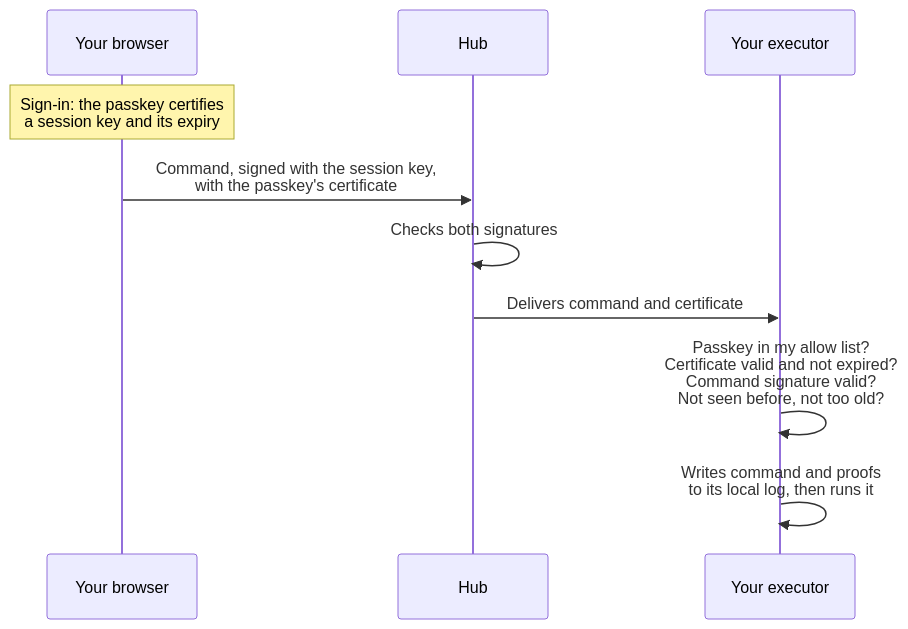
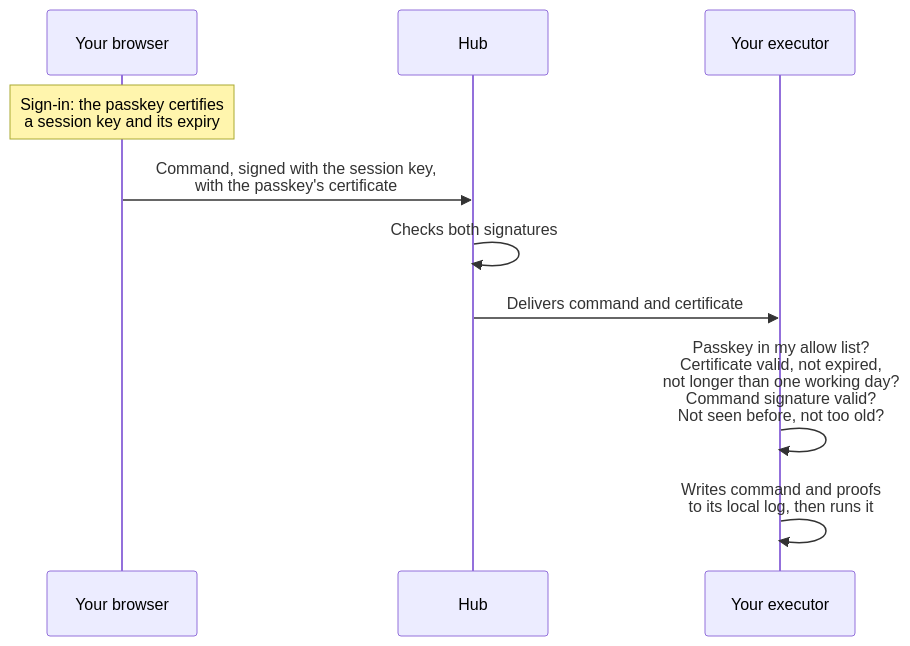
Before and after one commit to DFXswiss/agent: the third of 3 diagrams in docs/central-operation.md, drawn with Mermaid. The commit also changed other lines of this file and 2 other files, not shown here.

````diff
--- a/docs/central-operation.md
+++ b/docs/central-operation.md
@@ -140,12 +147,12 @@
 ```mermaid
 sequenceDiagram
     participant B as Your browser
     participant H as Hub
     participant X as Your executor
     Note over B: Sign-in: the passkey certifies<br/>a session key and its expiry
     B->>H: Command, signed with the session key,<br/>with the passkey's certificate
     H->>H: Checks both signatures
     H->>X: Delivers command and certificate
-    X->>X: Passkey in my allow list?<br/>Certificate valid and not expired?<br/>Command signature valid?<br/>Not seen before, not too old?
+    X->>X: Passkey in my allow list?<br/>Certificate valid, not expired,<br/>not longer than one working day?<br/>Command signature valid?<br/>Not seen before, not too old?
     X->>X: Writes command and proofs<br/>to its local log, then runs it
 ```
````
